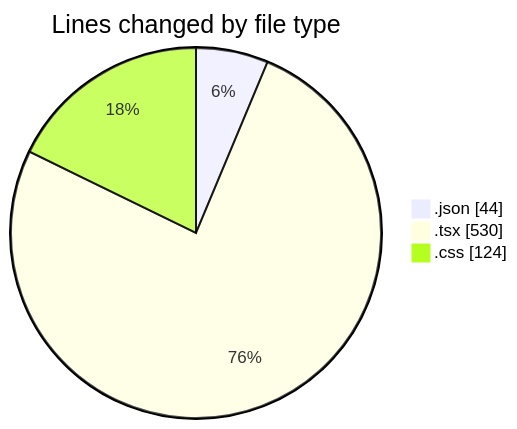
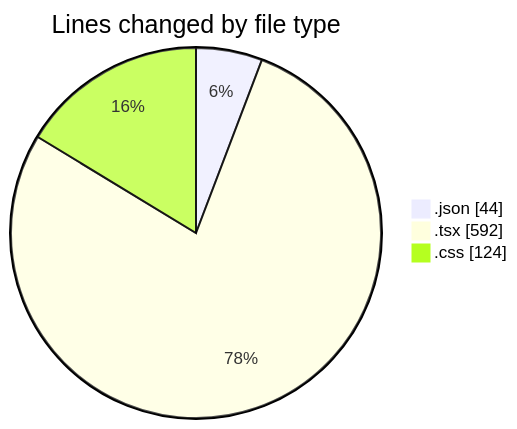
One commit to robertbonfada/code-tracking changed the first of 2 diagrams in 2025-03-18/peregrino-web/README.md. Above: the diagram before and after it, drawn with Mermaid. The commit also changed other lines of this file and 1 other file, not shown here.

````diff
--- a/2025-03-18/peregrino-web/README.md
+++ b/2025-03-18/peregrino-web/README.md
@@ -26,7 +27,7 @@
 ```mermaid
 pie showData
 title Lines changed by file type
 ".json" : 44
-".tsx" : 530
+".tsx" : 592
 ".css" : 124
 ```
````
